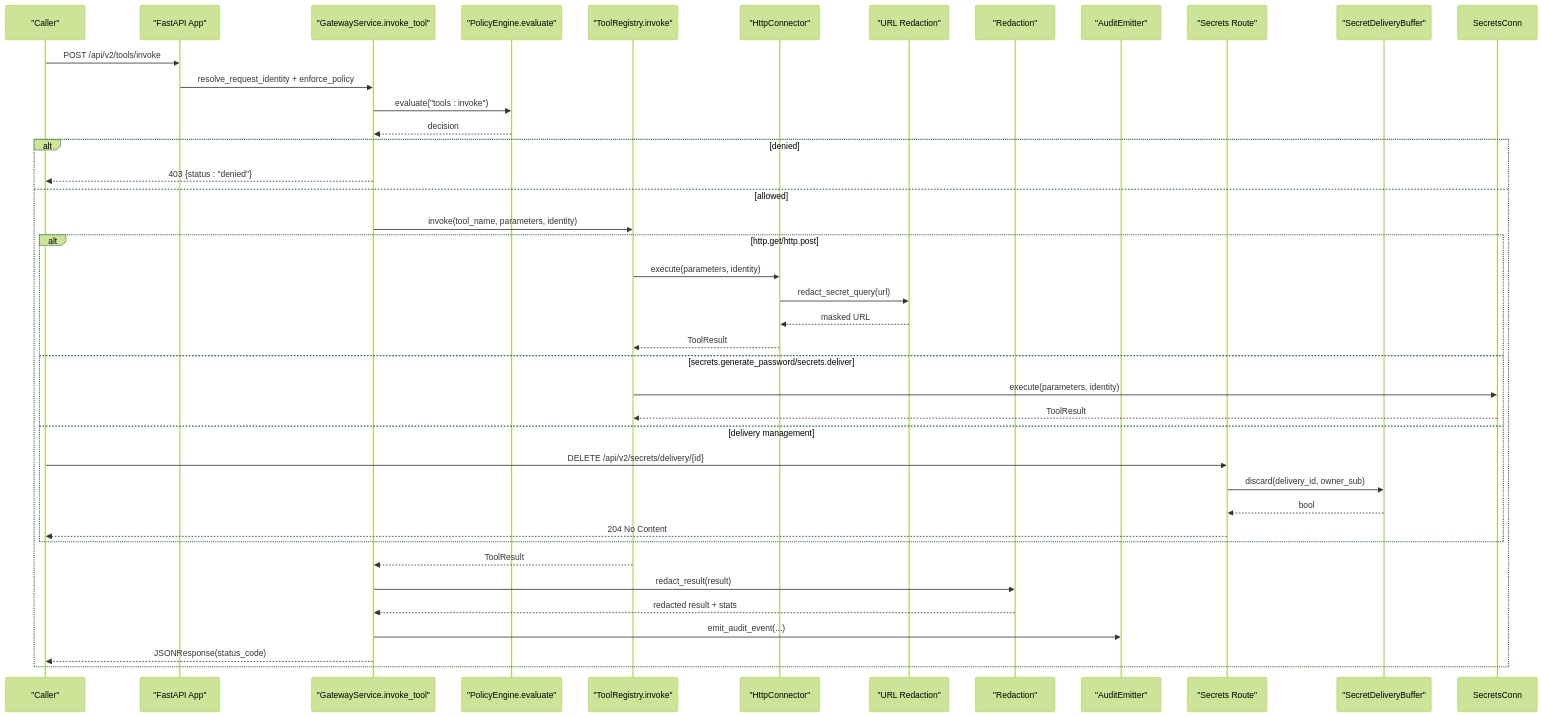
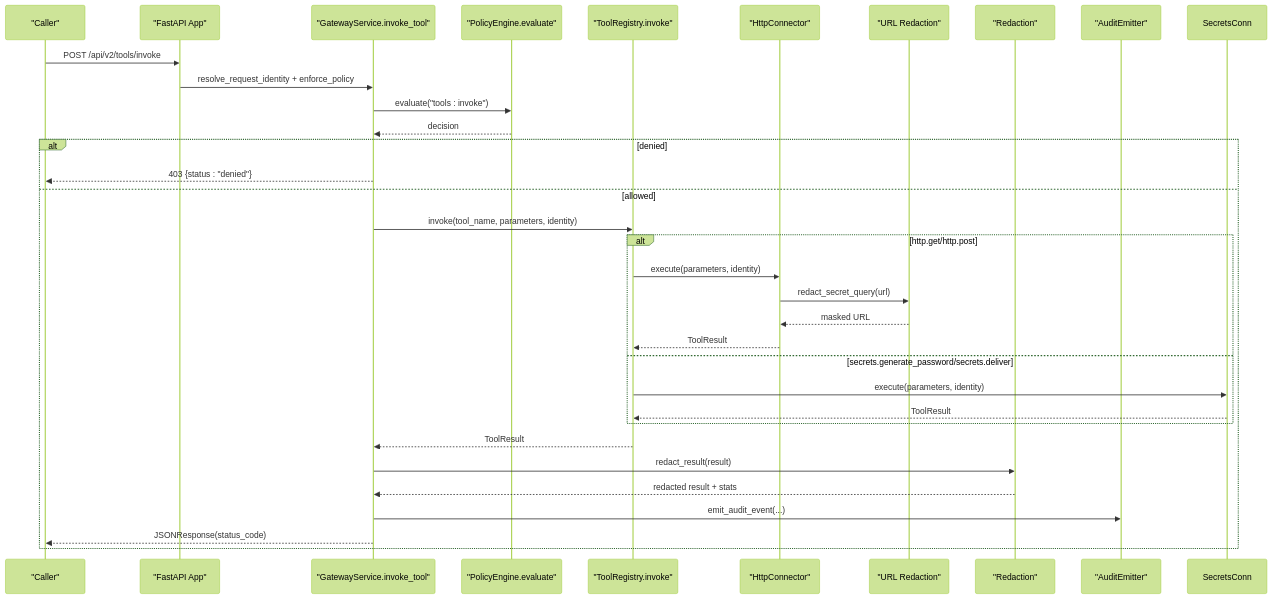
One commit to alainlei/luban-aiops changed the second of 12 diagrams in .qoder/repowiki/en/content/Core Services/Tool Gateway/Tool Gateway.md. Above: the diagram before and after it, drawn with Mermaid (forest theme). The commit also changed other lines of this file and 24 other files, not shown here.

````diff
--- a/.qoder/repowiki/en/content/Core Services/Tool Gateway/Tool Gateway.md
+++ b/.qoder/repowiki/en/content/Core Services/Tool Gateway/Tool Gateway.md
@@ -134,42 +124,35 @@
 ```mermaid
 sequenceDiagram
 participant Client as "Caller"
 participant Gateway as "FastAPI App"
 participant Service as "GatewayService.invoke_tool"
 participant Policy as "PolicyEngine.evaluate"
 participant Registry as "ToolRegistry.invoke"
 participant HttpConn as "HttpConnector"
 participant UrlRedact as "URL Redaction"
 participant Redact as "Redaction"
 participant Audit as "AuditEmitter"
-participant SecretsRoute as "Secrets Route"
-participant Buffer as "SecretDeliveryBuffer"
 Client->>Gateway : POST /api/v2/tools/invoke
 Gateway->>Service : resolve_request_identity + enforce_policy
 Service->>Policy : evaluate("tools : invoke")
 Policy-->>Service : decision
 alt denied
 Service-->>Client : 403 {status : "denied"}
 else allowed
 Service->>Registry : invoke(tool_name, parameters, identity)
 alt http.get/http.post
 Registry->>HttpConn : execute(parameters, identity)
 HttpConn->>UrlRedact : redact_secret_query(url)
 UrlRedact-->>HttpConn : masked URL
 HttpConn-->>Registry : ToolResult
 else secrets.generate_password/secrets.deliver
 Registry->>SecretsConn : execute(parameters, identity)
 SecretsConn-->>Registry : ToolResult
-else delivery management
-Client->>SecretsRoute : DELETE /api/v2/secrets/delivery/{id}
-SecretsRoute->>Buffer : discard(delivery_id, owner_sub)
-Buffer-->>SecretsRoute : bool
-SecretsRoute-->>Client : 204 No Content
 end
 Registry-->>Service : ToolResult
 Service->>Redact : redact_result(result)
 Redact-->>Service : redacted result + stats
 Service->>Audit : emit_audit_event(...)
 Service-->>Client : JSONResponse(status_code)
 end
 ```
````
